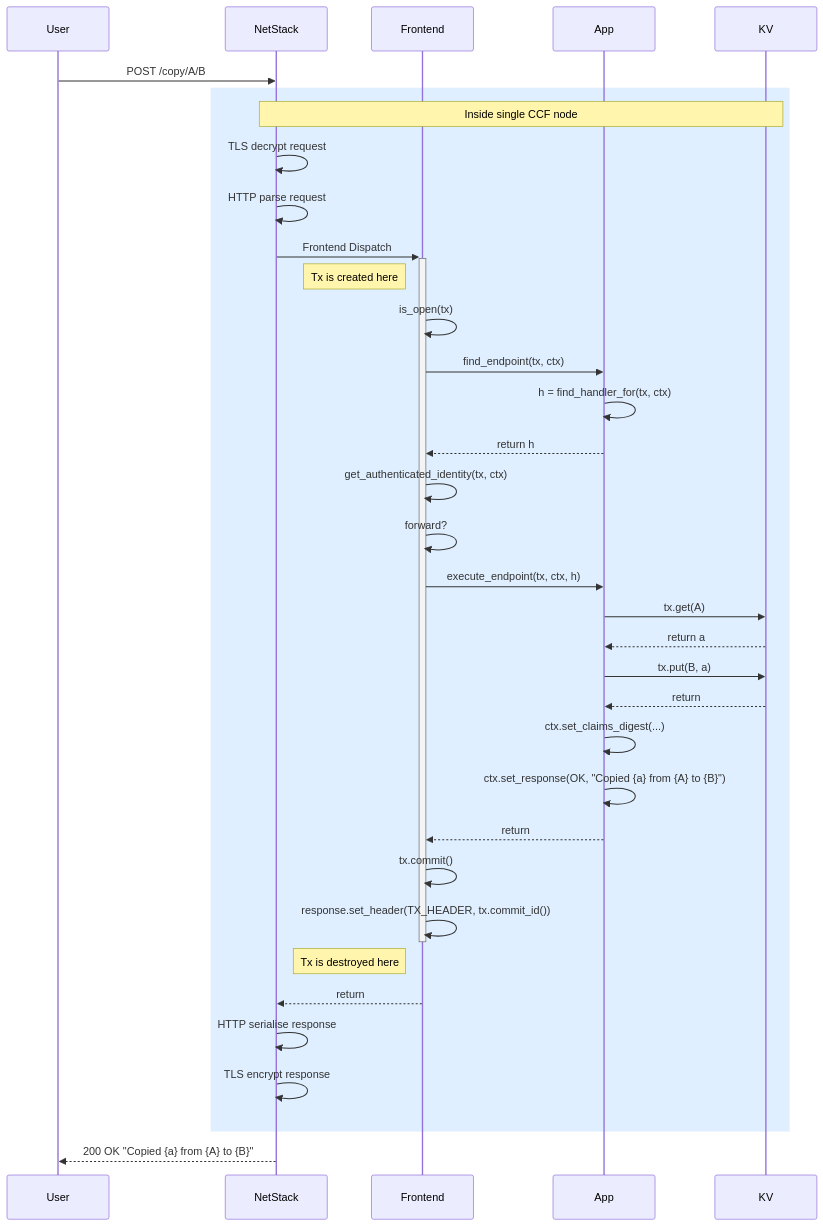
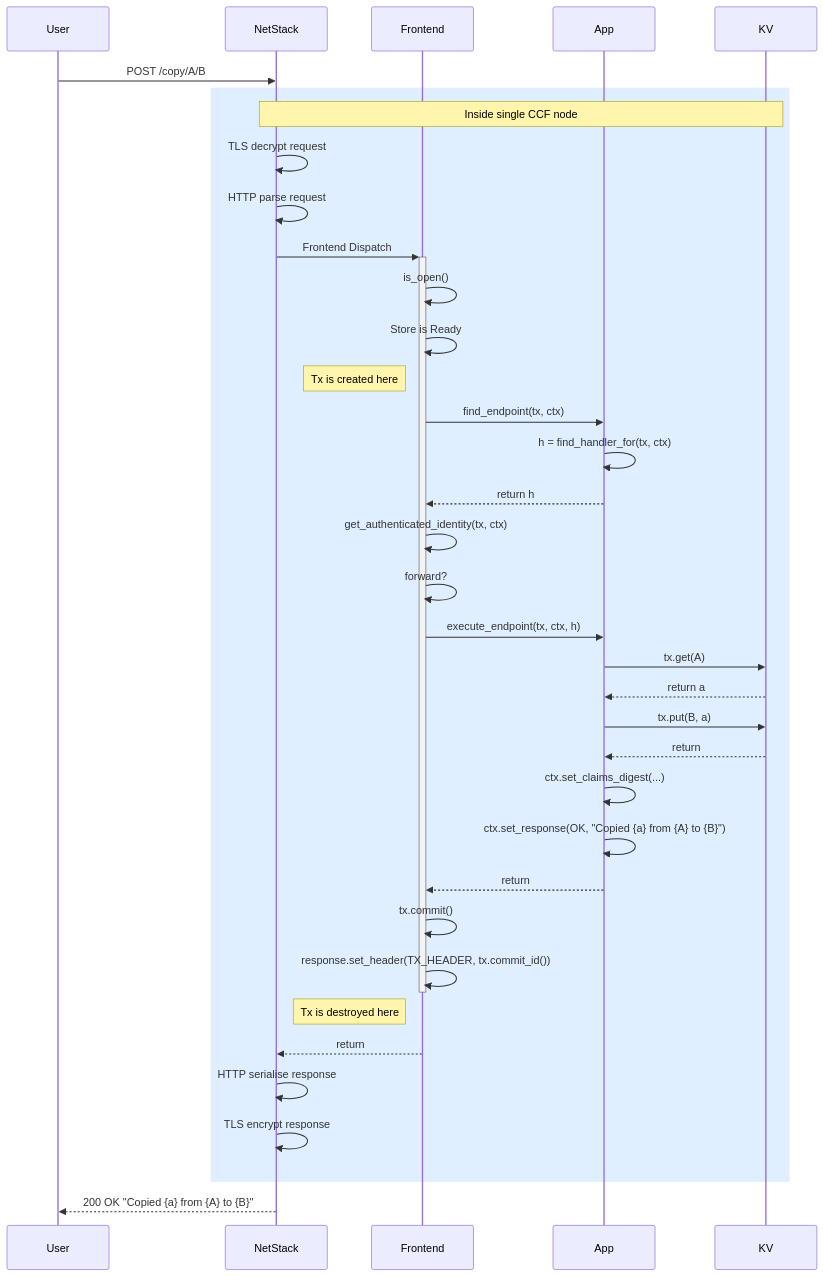
Before and after one commit to cjen1-msft/CCF: the first of 5 diagrams in doc/architecture/request_flow.rst, drawn with Mermaid. The commit also changed other lines of this file and 11 other files, not shown here.

```diff
--- a/doc/architecture/request_flow.rst
+++ b/doc/architecture/request_flow.rst
@@ -15,40 +15,41 @@
 .. mermaid::
 
   sequenceDiagram
       participant User
       participant NetStack
       participant Frontend
       participant App
       participant KV
 
       User->>NetStack: POST /copy/A/B
 
       rect rgba(191, 223, 255, 0.5)
       note over NetStack,KV: Inside single CCF node
       NetStack->>NetStack: TLS decrypt request
       NetStack->>NetStack: HTTP parse request
       NetStack->>+Frontend: Frontend Dispatch
+      Frontend->>Frontend: is_open()
+      Frontend->>Frontend: Store is Ready
       note left of Frontend: Tx is created here
-      Frontend->>Frontend: is_open(tx)
       Frontend->>App: find_endpoint(tx, ctx)
       App->>App: h = find_handler_for(tx, ctx)
       App-->>Frontend: return h
       Frontend->>Frontend: get_authenticated_identity(tx, ctx)
       Frontend->>Frontend: forward?
       Frontend->>App: execute_endpoint(tx, ctx, h)
       App->>KV: tx.get(A)
       KV-->>App: return a
       App->>KV: tx.put(B, a)
       KV-->>App: return
       App->>App: ctx.set_claims_digest(...)
       App->>App: ctx.set_response(OK, "Copied {a} from {A} to {B}")
       App-->>Frontend: return
       Frontend->>Frontend: tx.commit()
       Frontend->>-Frontend: response.set_header(TX_HEADER, tx.commit_id())
       note left of Frontend: Tx is destroyed here
       Frontend-->>NetStack: return
       NetStack->>NetStack: HTTP serialise response
       NetStack->>NetStack: TLS encrypt response
       end
 
       NetStack-->>User: 200 OK "Copied {a} from {A} to {B}"
```
